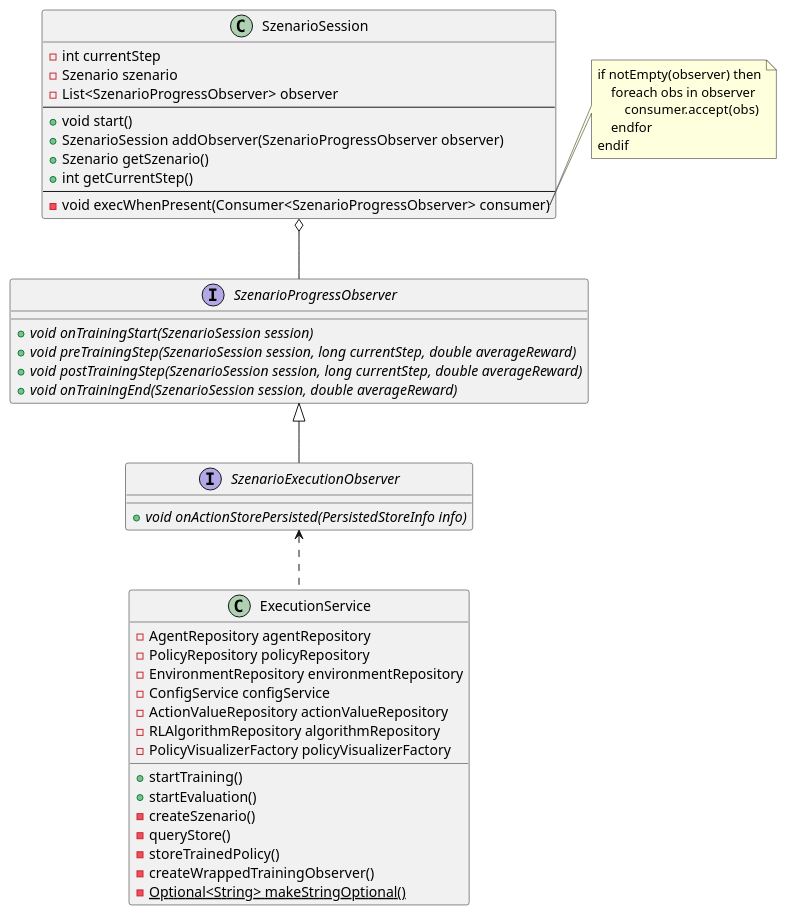
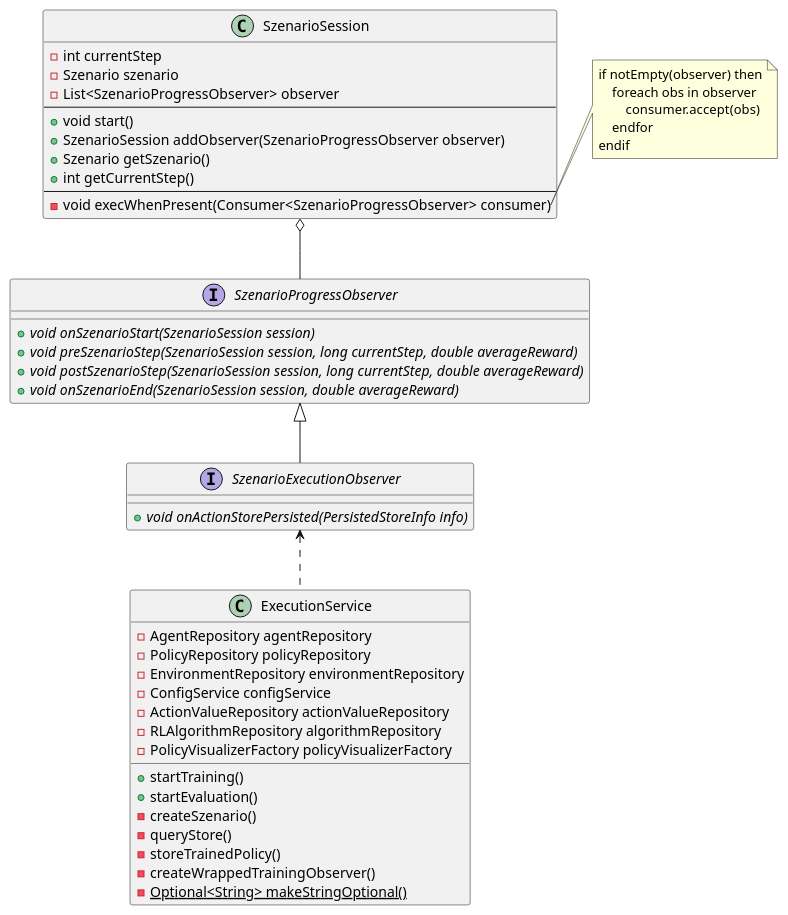
The diagram in uml/observerPattern.puml (jatsqi/ASE-Reinforcement-Learning), drawn with PlantUML before and after one commit. The commit also changed 5 other files, not shown here.

```diff
--- a/uml/observerPattern.puml
+++ b/uml/observerPattern.puml
@@ -1,63 +1,63 @@
 @startuml
 'https://plantuml.com/class-diagram
 
 interface SzenarioProgressObserver {
 
-+{abstract} void onTrainingStart(SzenarioSession session)
-+{abstract} void preTrainingStep(SzenarioSession session, long currentStep, double averageReward)
-+{abstract} void postTrainingStep(SzenarioSession session, long currentStep, double averageReward)
-+{abstract} void onTrainingEnd(SzenarioSession session, double averageReward)
++{abstract} void onSzenarioStart(SzenarioSession session)
++{abstract} void preSzenarioStep(SzenarioSession session, long currentStep, double averageReward)
++{abstract} void postSzenarioStep(SzenarioSession session, long currentStep, double averageReward)
++{abstract} void onSzenarioEnd(SzenarioSession session, double averageReward)
 
 }
 
 class SzenarioSession {
 -int currentStep
 -Szenario szenario
 -List<SzenarioProgressObserver> observer
 --
 +void start()
 +SzenarioSession addObserver(SzenarioProgressObserver observer)
 +Szenario getSzenario()
 +int getCurrentStep()
 --
 -void execWhenPresent(Consumer<SzenarioProgressObserver> consumer)
 }
 
 interface SzenarioExecutionObserver {
 +{abstract} void onActionStorePersisted(PersistedStoreInfo info)
 }
 
 class ExecutionService {
 - AgentRepository agentRepository
 - PolicyRepository policyRepository
 - EnvironmentRepository environmentRepository
 - ConfigService configService
 - ActionValueRepository actionValueRepository
 - RLAlgorithmRepository algorithmRepository
 - PolicyVisualizerFactory policyVisualizerFactory
 
 + startTraining()
 + startEvaluation()
 - createSzenario()
 - queryStore()
 - storeTrainedPolicy()
 - createWrappedTrainingObserver()
 - {static} Optional<String> makeStringOptional()
 }
 
 note right of SzenarioSession::execWhenPresent
     if notEmpty(observer) then
         foreach obs in observer
             consumer.accept(obs)
         endfor
     endif
 end note
 
 'note right of ExecutionService::createWrappedTrainingObserver
 'end note
 
 SzenarioSession o-- SzenarioProgressObserver
 SzenarioProgressObserver <|-- SzenarioExecutionObserver
 SzenarioExecutionObserver <..ExecutionService
 
 @enduml
```
